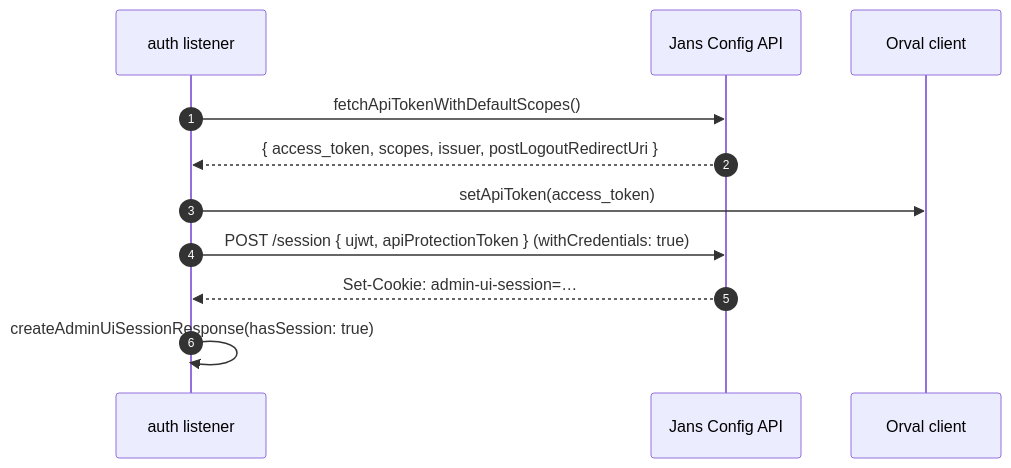
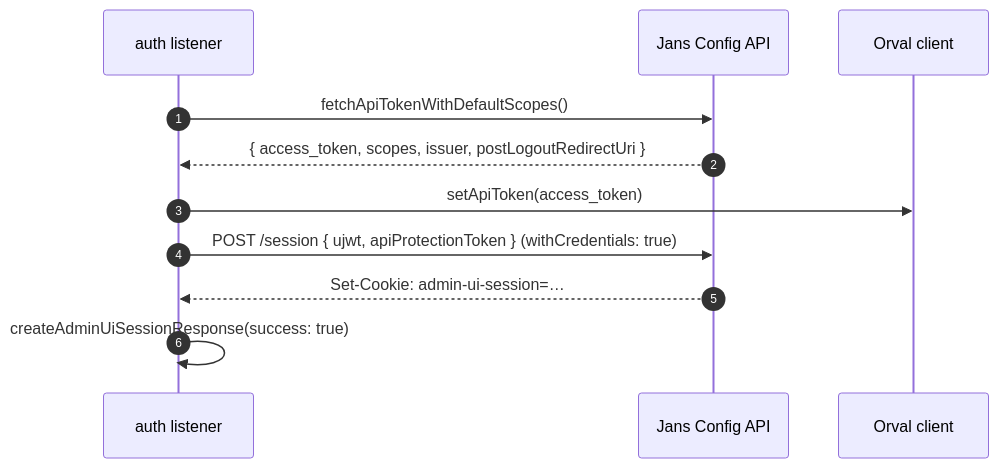
One commit to GluuFederation/flex changed the second of 3 diagrams in admin-ui/docs/auth.md. Above: the diagram before and after it, drawn with Mermaid. The commit also changed other lines of this file and 6 other files, not shown here.

````diff
--- a/admin-ui/docs/auth.md
+++ b/admin-ui/docs/auth.md
@@ -67,14 +69,14 @@
 ```mermaid
 sequenceDiagram
     autonumber
     participant Listener as auth listener
     participant API as Jans Config API
     participant Orval as Orval client
 
     Listener->>API: fetchApiTokenWithDefaultScopes()
     API-->>Listener: { access_token, scopes, issuer, postLogoutRedirectUri }
     Listener->>Orval: setApiToken(access_token)
     Listener->>API: POST /session { ujwt, apiProtectionToken } (withCredentials: true)
     API-->>Listener: Set-Cookie: admin-ui-session=…
-    Listener->>Listener: createAdminUiSessionResponse(hasSession: true)
+    Listener->>Listener: createAdminUiSessionResponse(success: true)
 ```
````
